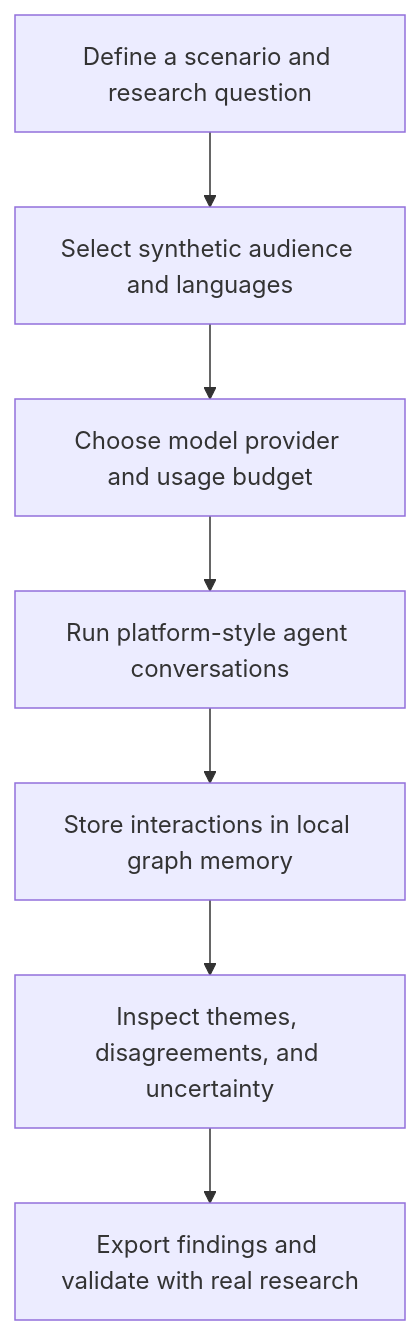
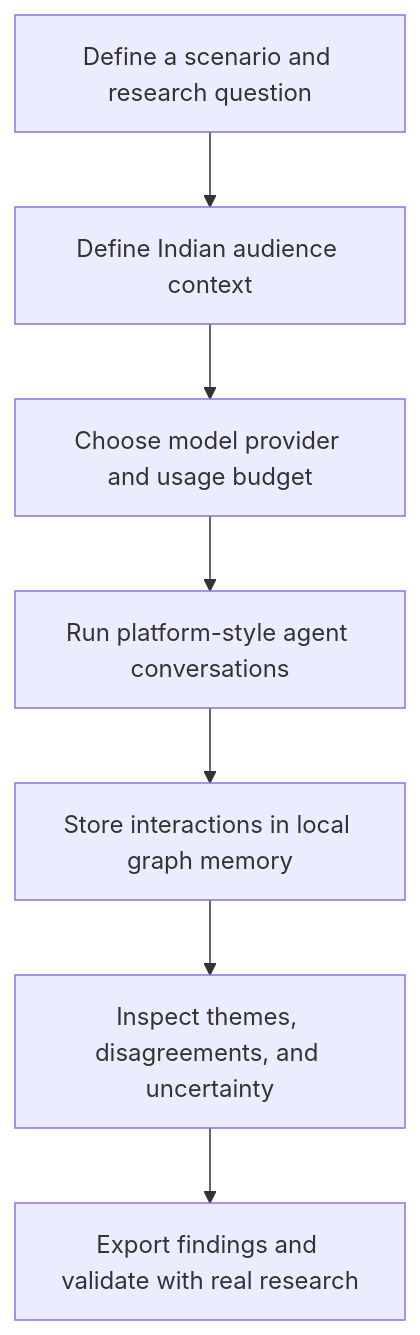
Before and after one commit to kookoocoder/miroind: the diagram in README.md, drawn with Mermaid. The commit also changed other lines of this file and 19 other files, not shown here.

````diff
--- a/README.md
+++ b/README.md
@@ -79,9 +79,9 @@
 ```mermaid
 flowchart TD
-    A[Define a scenario and research question] --> B[Select synthetic audience and languages]
+    A[Define a scenario and research question] --> B[Define Indian audience context]
     B --> C[Choose model provider and usage budget]
     C --> D[Run platform-style agent conversations]
     D --> E[Store interactions in local graph memory]
     E --> F[Inspect themes, disagreements, and uncertainty]
     F --> G[Export findings and validate with real research]
 ```
````
